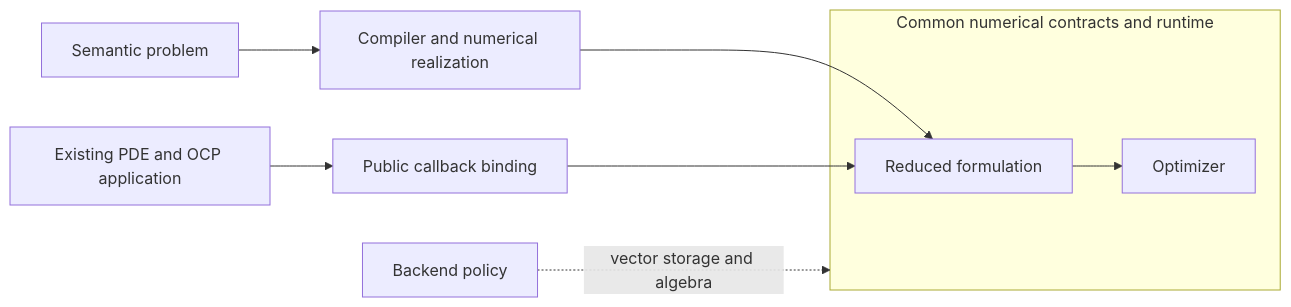
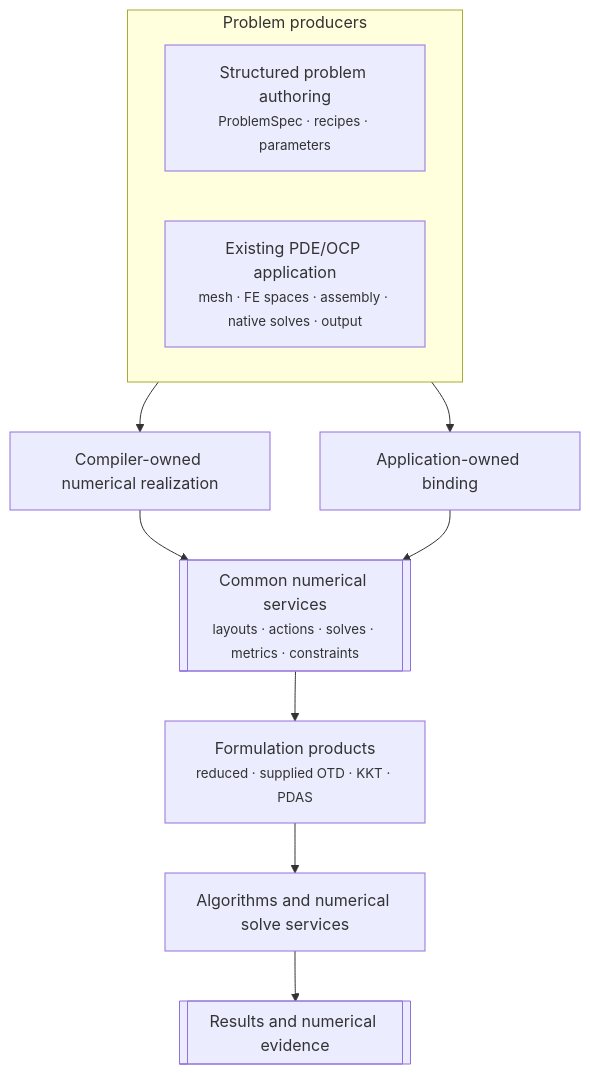
The first of 3 diagrams in apps/external-dealii/step-4/external-integration-overview.md (HunterNise/nmopt-project), drawn with Mermaid before and after one commit. The commit also changed other lines of this file and 4 other files, not shown here.

````diff
--- a/apps/external-dealii/step-4/external-integration-overview.md
+++ b/apps/external-dealii/step-4/external-integration-overview.md
@@ -28,11 +43,18 @@
 ```mermaid
-flowchart LR
-  S["Semantic problem"] --> C["Compiler and numerical realization"]
-  A["Existing PDE and OCP application"] --> B["Public callback binding"]
-  subgraph Runtime["Common numerical contracts and runtime"]
-    F["Reduced formulation"] --> O["Optimizer"]
+flowchart TB
+  subgraph Producers["Problem producers"]
+    direction LR
+    S["Structured problem authoring<br/><small>ProblemSpec · recipes · parameters</small>"]
+    A["Existing PDE/OCP application<br/><small>mesh · FE spaces · assembly · native solves · output</small>"]
   end
-  C --> F
-  B --> F
-  K["Backend policy"] -.->|vector storage and algebra| Runtime
+
+  S --> C["Compiler-owned numerical realization"]
+  A --> B["Application-owned binding"]
+
+  C --> N[["Common numerical services<br/><small>layouts · actions · solves · metrics · constraints</small>"]]
+  B --> N
+
+  N --> F["Formulation products<br/><small>reduced · supplied OTD · KKT · PDAS</small>"]
+  F --> O["Algorithms and numerical solve services"]
+  O --> R[["Results and numerical evidence"]]
 ```
````
